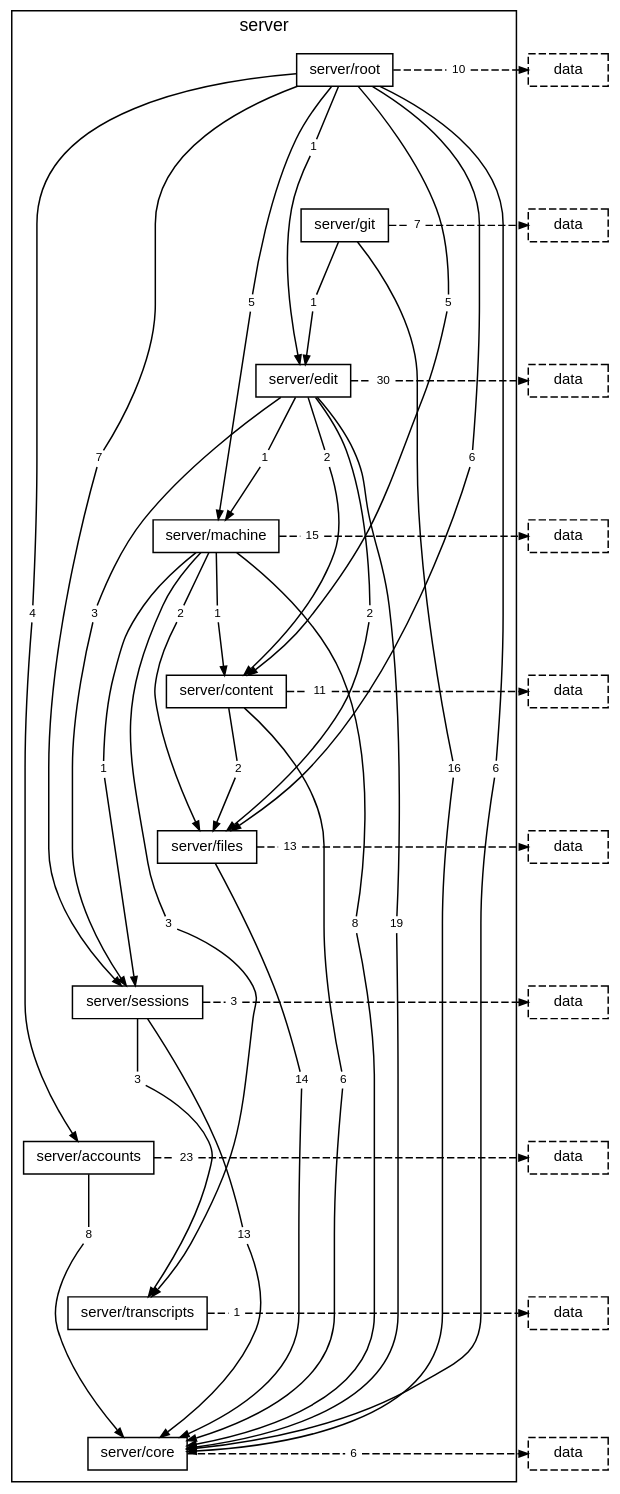
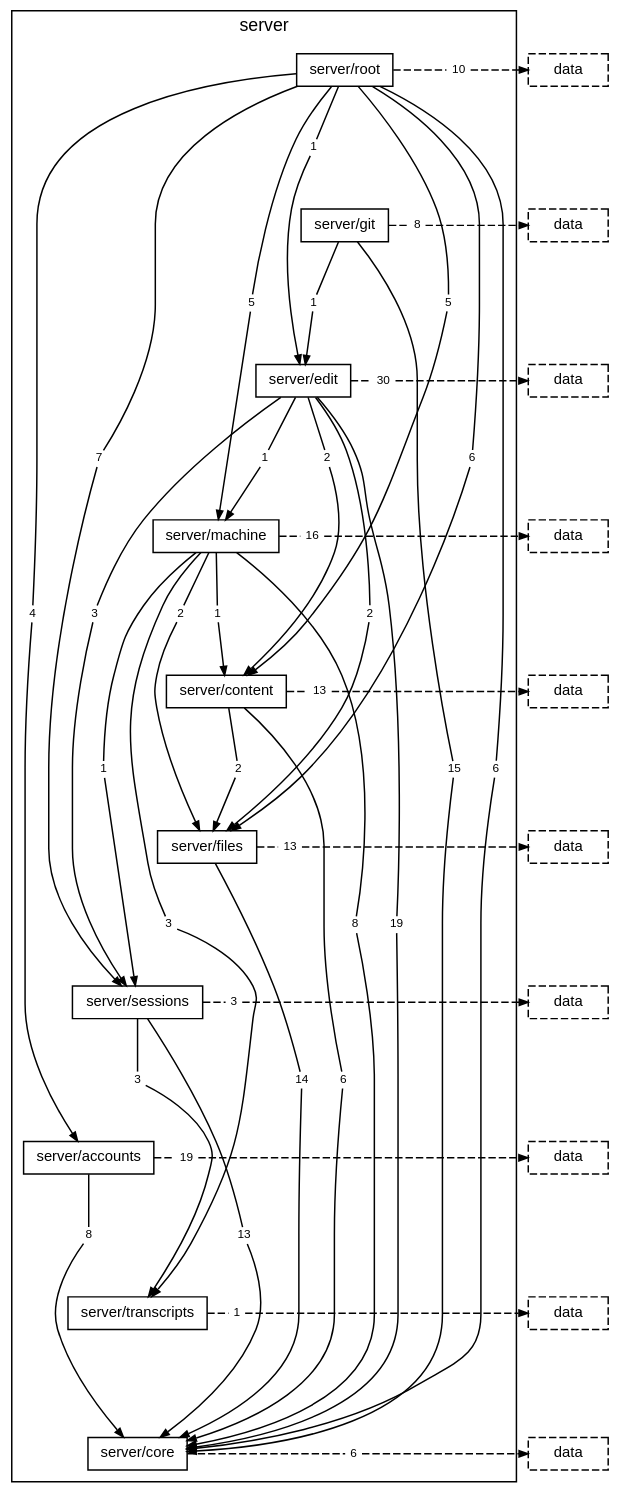
Before and after one commit to TheAxeC/oculus: the diagram in docs/diagrams/layer-server.dot, drawn with Graphviz. The commit also changed 78 other files, not shown here.

```diff
--- a/docs/diagrams/layer-server.dot
+++ b/docs/diagrams/layer-server.dot
@@ -22,9 +22,9 @@
         "folder server/root to folder server/machine" [label="5", shape=box, color="transparent", fontsize=8, width=0, height=0, margin="0.04,0.02"];
         "folder server/root to folder server/sessions" [label="7", shape=box, color="transparent", fontsize=8, width=0, height=0, margin="0.04,0.02"];
         "folder server/root to layer data" [label="10", shape=box, color="transparent", fontsize=8, width=0, height=0, margin="0.04,0.02"];
-        "folder server/git to folder server/core" [label="16", shape=box, color="transparent", fontsize=8, width=0, height=0, margin="0.04,0.02"];
+        "folder server/git to folder server/core" [label="15", shape=box, color="transparent", fontsize=8, width=0, height=0, margin="0.04,0.02"];
         "folder server/git to folder server/edit" [label="1", shape=box, color="transparent", fontsize=8, width=0, height=0, margin="0.04,0.02"];
-        "folder server/git to layer data" [label="7", shape=box, color="transparent", fontsize=8, width=0, height=0, margin="0.04,0.02"];
+        "folder server/git to layer data" [label="8", shape=box, color="transparent", fontsize=8, width=0, height=0, margin="0.04,0.02"];
         "folder server/edit to folder server/content" [label="2", shape=box, color="transparent", fontsize=8, width=0, height=0, margin="0.04,0.02"];
         "folder server/edit to folder server/core" [label="19", shape=box, color="transparent", fontsize=8, width=0, height=0, margin="0.04,0.02"];
         "folder server/edit to folder server/files" [label="2", shape=box, color="transparent", fontsize=8, width=0, height=0, margin="0.04,0.02"];
@@ -36,17 +36,17 @@
         "folder server/machine to folder server/files" [label="2", shape=box, color="transparent", fontsize=8, width=0, height=0, margin="0.04,0.02"];
         "folder server/machine to folder server/sessions" [label="1", shape=box, color="transparent", fontsize=8, width=0, height=0, margin="0.04,0.02"];
         "folder server/machine to folder server/transcripts" [label="3", shape=box, color="transparent", fontsize=8, width=0, height=0, margin="0.04,0.02"];
-        "folder server/machine to layer data" [label="15", shape=box, color="transparent", fontsize=8, width=0, height=0, margin="0.04,0.02"];
+        "folder server/machine to layer data" [label="16", shape=box, color="transparent", fontsize=8, width=0, height=0, margin="0.04,0.02"];
         "folder server/content to folder server/core" [label="6", shape=box, color="transparent", fontsize=8, width=0, height=0, margin="0.04,0.02"];
         "folder server/content to folder server/files" [label="2", shape=box, color="transparent", fontsize=8, width=0, height=0, margin="0.04,0.02"];
-        "folder server/content to layer data" [label="11", shape=box, color="transparent", fontsize=8, width=0, height=0, margin="0.04,0.02"];
+        "folder server/content to layer data" [label="13", shape=box, color="transparent", fontsize=8, width=0, height=0, margin="0.04,0.02"];
         "folder server/files to folder server/core" [label="14", shape=box, color="transparent", fontsize=8, width=0, height=0, margin="0.04,0.02"];
         "folder server/files to layer data" [label="13", shape=box, color="transparent", fontsize=8, width=0, height=0, margin="0.04,0.02"];
         "folder server/sessions to folder server/core" [label="13", shape=box, color="transparent", fontsize=8, width=0, height=0, margin="0.04,0.02"];
         "folder server/sessions to folder server/transcripts" [label="3", shape=box, color="transparent", fontsize=8, width=0, height=0, margin="0.04,0.02"];
         "folder server/sessions to layer data" [label="3", shape=box, color="transparent", fontsize=8, width=0, height=0, margin="0.04,0.02"];
         "folder server/accounts to folder server/core" [label="8", shape=box, color="transparent", fontsize=8, width=0, height=0, margin="0.04,0.02"];
-        "folder server/accounts to layer data" [label="23", shape=box, color="transparent", fontsize=8, width=0, height=0, margin="0.04,0.02"];
+        "folder server/accounts to layer data" [label="19", shape=box, color="transparent", fontsize=8, width=0, height=0, margin="0.04,0.02"];
         "folder server/transcripts to layer data" [label="1", shape=box, color="transparent", fontsize=8, width=0, height=0, margin="0.04,0.02"];
         "folder server/core to layer data" [label="6", shape=box, color="transparent", fontsize=8, width=0, height=0, margin="0.04,0.02"];
     }
```
